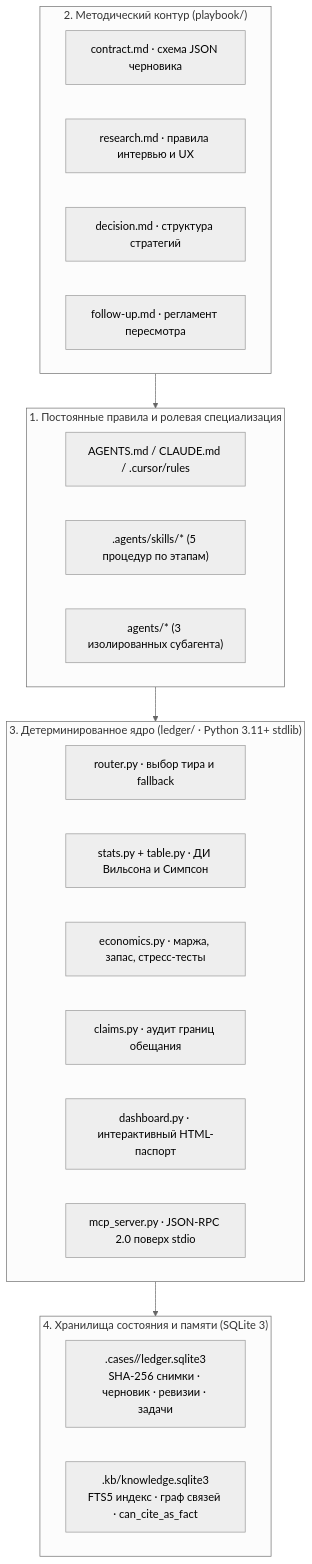
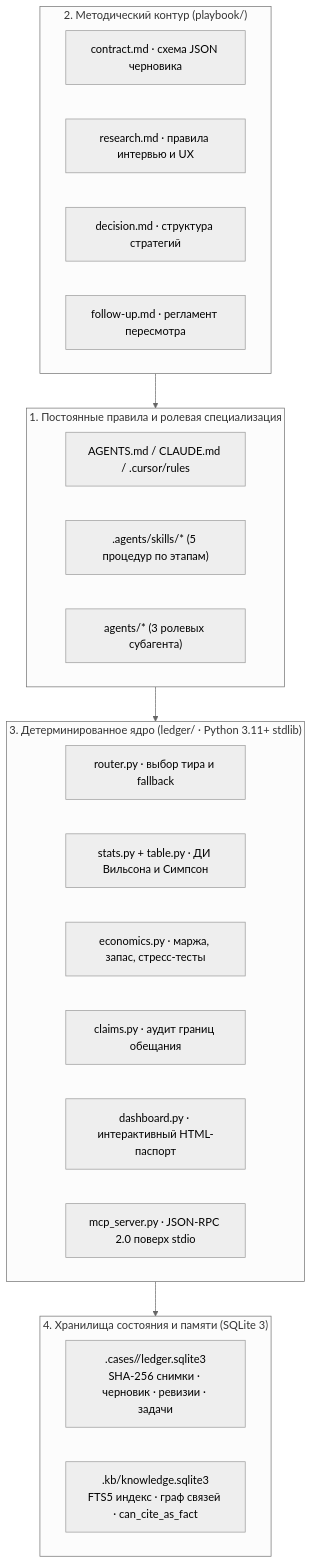
The diagram in docs/architecture.md (artemmalanin979-create/decision-ledger), drawn with Mermaid (neutral theme) before and after one commit. The commit also changed 19 other files, not shown here.

````diff
--- a/docs/architecture.md
+++ b/docs/architecture.md
@@ -13,33 +13,33 @@
 ```mermaid
 flowchart TB
     subgraph L1["1. Постоянные правила и ролевая специализация"]
         A1["AGENTS.md / CLAUDE.md / .cursor/rules"]
         A2[".agents/skills/* (5 процедур по этапам)"]
-        A3["agents/* (3 изолированных субагента)"]
+        A3["agents/* (3 ролевых субагента)"]
     end
 
     subgraph L2["2. Методический контур (playbook/)"]
         P1["contract.md · схема JSON черновика"]
         P2["research.md · правила интервью и UX"]
         P3["decision.md · структура стратегий"]
         P4["follow-up.md · регламент пересмотра"]
     end
 
     subgraph L3["3. Детерминированное ядро (ledger/ · Python 3.11+ stdlib)"]
         C1["router.py · выбор тира и fallback"]
         C2["stats.py + table.py · ДИ Вильсона и Симпсон"]
         C3["economics.py · маржа, запас, стресс-тесты"]
         C4["claims.py · аудит границ обещания"]
         C5["dashboard.py · интерактивный HTML-паспорт"]
         C6["mcp_server.py · JSON-RPC 2.0 поверх stdio"]
     end
 
     subgraph L4["4. Хранилища состояния и памяти (SQLite 3)"]
         S1[".cases/<case>/ledger.sqlite3\nSHA-256 снимки · черновик · ревизии · задачи"]
         S2[".kb/knowledge.sqlite3\nFTS5 индекс · граф связей · can_cite_as_fact"]
     end
 
     L1 --> L3
     L2 --> L1
     L3 --> L4
 ```
````
